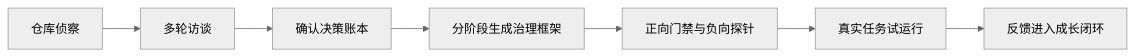
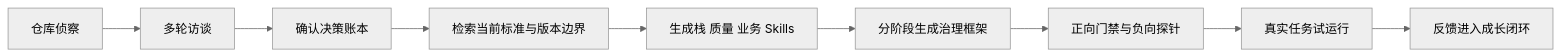
The diagram in README.md (YangYuHai-7/ai-code-governance), drawn with Mermaid (neutral theme) before and after one commit. The commit also changed other lines of this file and 5 other files, not shown here.

````diff
--- a/README.md
+++ b/README.md
@@ -34,9 +36,11 @@
 ```mermaid
 flowchart LR
     A[仓库侦察] --> B[多轮访谈]
     B --> C[确认决策账本]
-    C --> D[分阶段生成治理框架]
-    D --> E[正向门禁与负向探针]
-    E --> F[真实任务试运行]
-    F --> G[反馈进入成长闭环]
+    C --> D[检索当前标准与版本边界]
+    D --> E[生成栈 质量 业务 Skills]
+    E --> F[分阶段生成治理框架]
+    F --> G[正向门禁与负向探针]
+    G --> H[真实任务试运行]
+    H --> I[反馈进入成长闭环]
 ```
````
